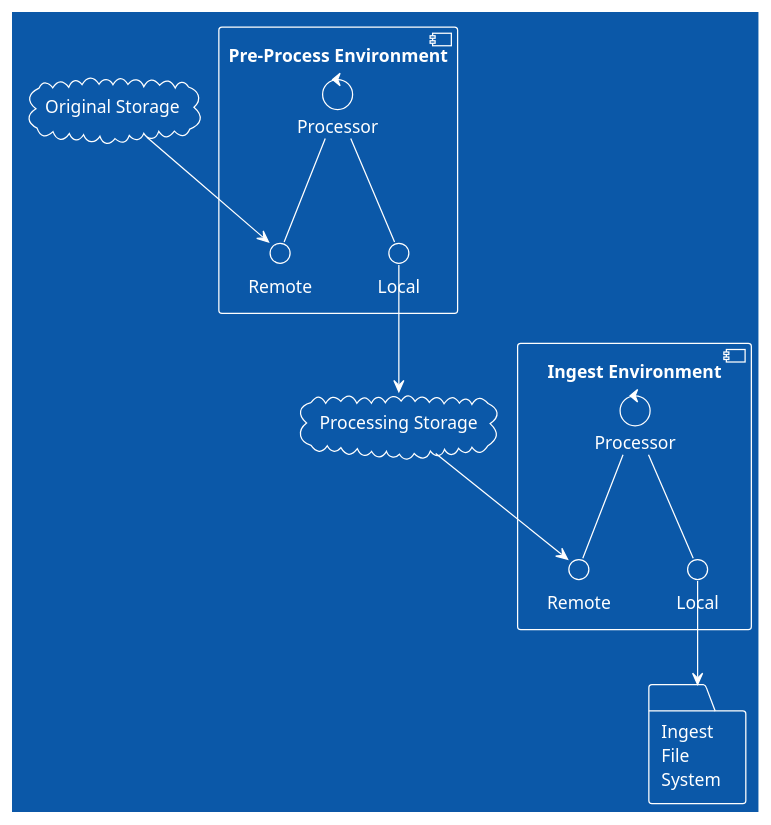
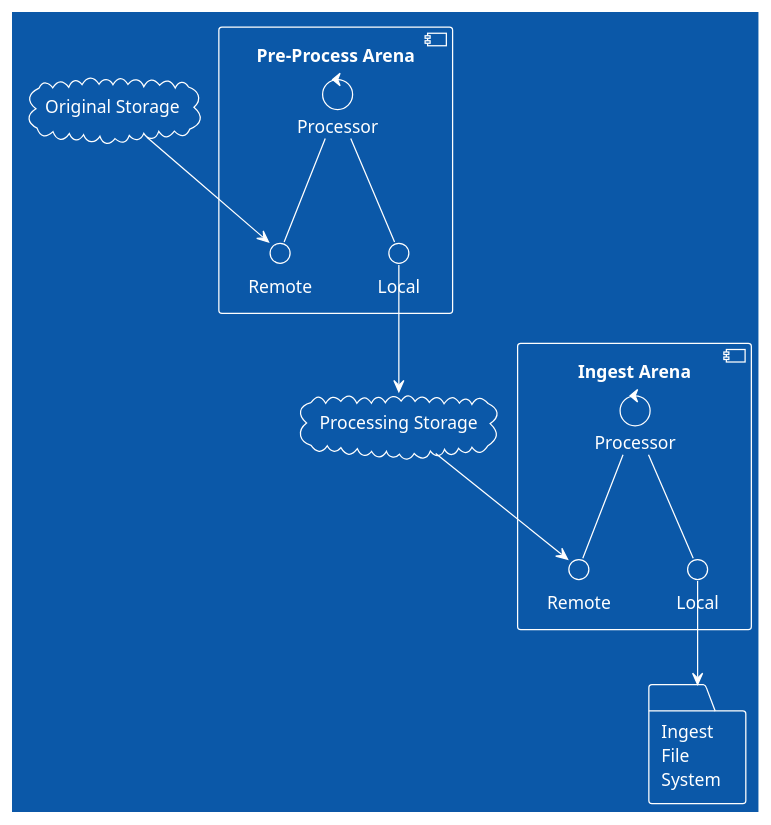
The diagram in README.md (scientist-softserv/derivative-rodeo), drawn with PlantUML before and after one commit. The commit also changed other lines of this file and 26 other files, not shown here.

First line of the commit message:
Renaming Environment to Arena

````diff
--- a/README.md
+++ b/README.md
@@ -39,35 +39,35 @@
 ```plantuml
 @startuml
 !theme amiga
 
-component "Pre-Process Environment" {
+component "Pre-Process Arena" {
 	() "Local" as pre_process_local
 	() "Remote" as pre_process_remote
 	control Processor as pre_processor
 	pre_processor -- pre_process_local
 	pre_processor -- pre_process_remote
 }
 
 cloud "Original Storage" as original_storage
 
 cloud "Processing Storage" as processing_storage
 
 
-component "Ingest Environment" {
+component "Ingest Arena" {
 	() "Remote" as ingest_remote
 	() "Local" as ingest_local
 	control Processor as ingest_processor
 	ingest_processor -- ingest_remote
 	ingest_processor -- ingest_local
 }
 
 folder "Ingest\nFile\nSystem" as ingest_storage
 
 original_storage --> pre_process_remote
 pre_process_local --> processing_storage
 processing_storage --> ingest_remote
 ingest_local --> ingest_storage
 
 @enduml
 
 ```
````
